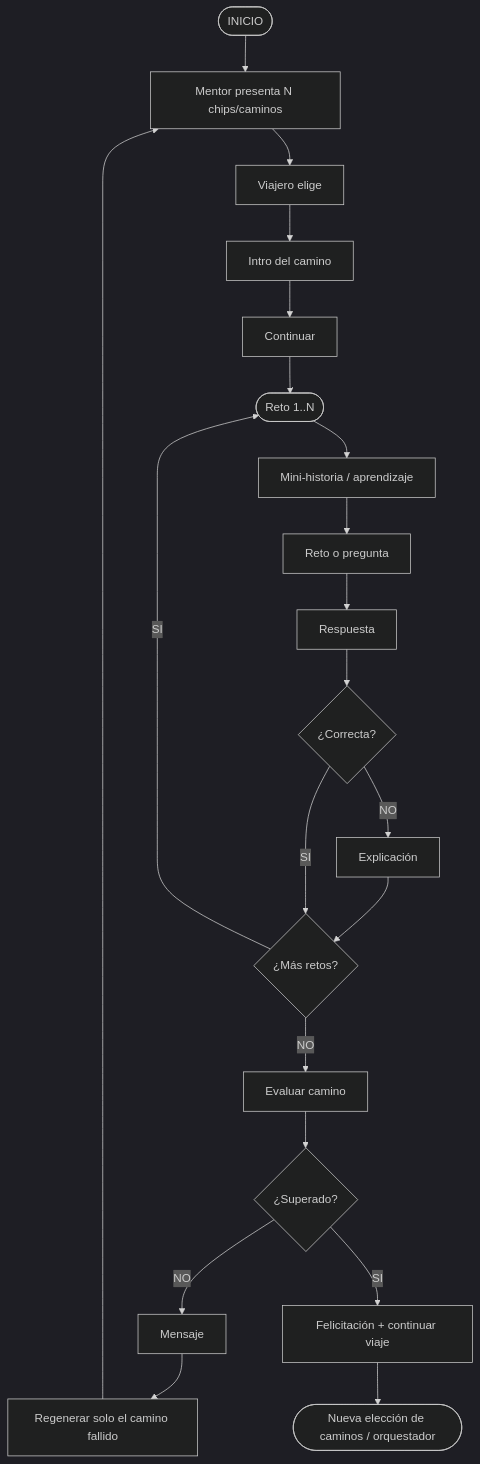
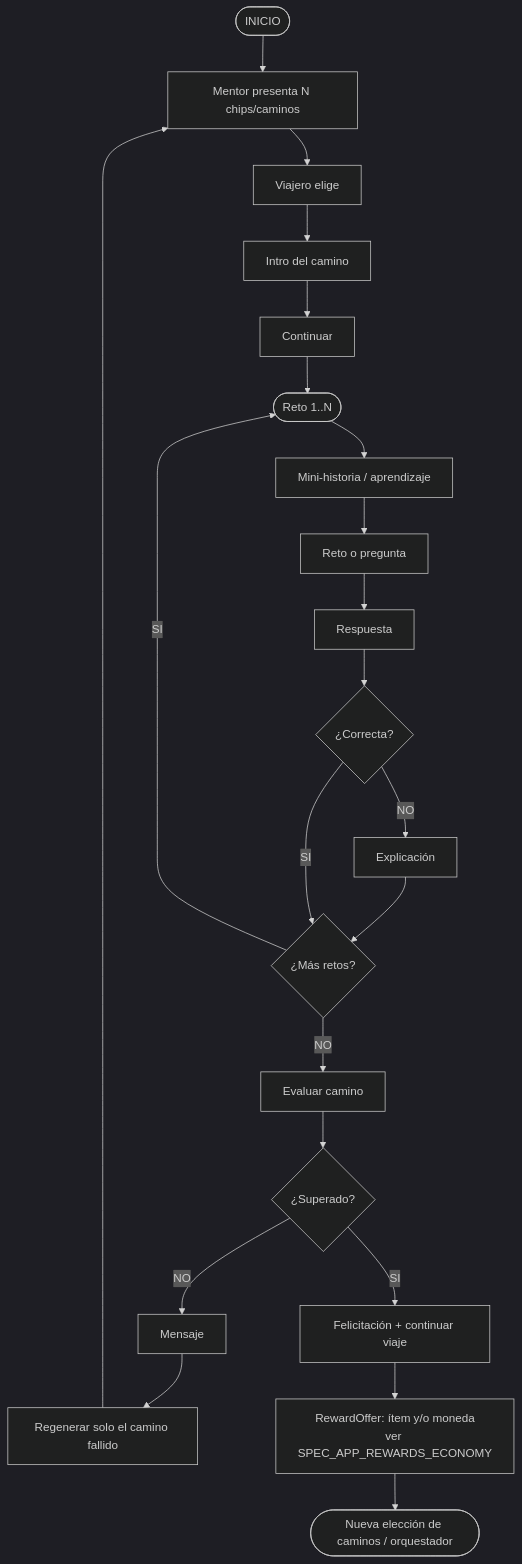
The fourth of 6 diagrams in .cursor/specify/SPEC_APP_JOURNEY_MECHANICS.md (KuiperBelt-PRO/kidepik), drawn with Mermaid (dark theme) before and after one commit. The commit also changed other lines of this file and 59 other files, not shown here.

First line of the commit message:
add rewards economy, inventory baggage, and play progress HUD

````diff
--- a/.cursor/specify/SPEC_APP_JOURNEY_MECHANICS.md
+++ b/.cursor/specify/SPEC_APP_JOURNEY_MECHANICS.md
@@ -116,23 +116,24 @@
 ```mermaid
 flowchart TD
   A([INICIO]) --> B[Mentor presenta N chips/caminos]
   B --> C[Viajero elige]
   C --> D[Intro del camino]
   D --> E[Continuar]
   E --> F([Reto 1..N])
   F --> G[Mini-historia / aprendizaje]
   G --> H[Reto o pregunta]
   H --> I[Respuesta]
   I --> J{¿Correcta?}
   J -- NO --> K[Explicación]
   K --> L{¿Más retos?}
   J -- SI --> L
   L -- SI --> F
   L -- NO --> M[Evaluar camino]
   M --> N{¿Superado?}
   N -- NO --> O[Mensaje]
   O --> P[Regenerar solo el camino fallido]
   N -- SI --> Q[Felicitación + continuar viaje]
-  Q --> P2([Nueva elección de caminos / orquestador])
+  Q --> R[RewardOffer: ítem y/o moneda<br/>ver SPEC_APP_REWARDS_ECONOMY]
+  R --> P2([Nueva elección de caminos / orquestador])
   P --> B
 ```
````
